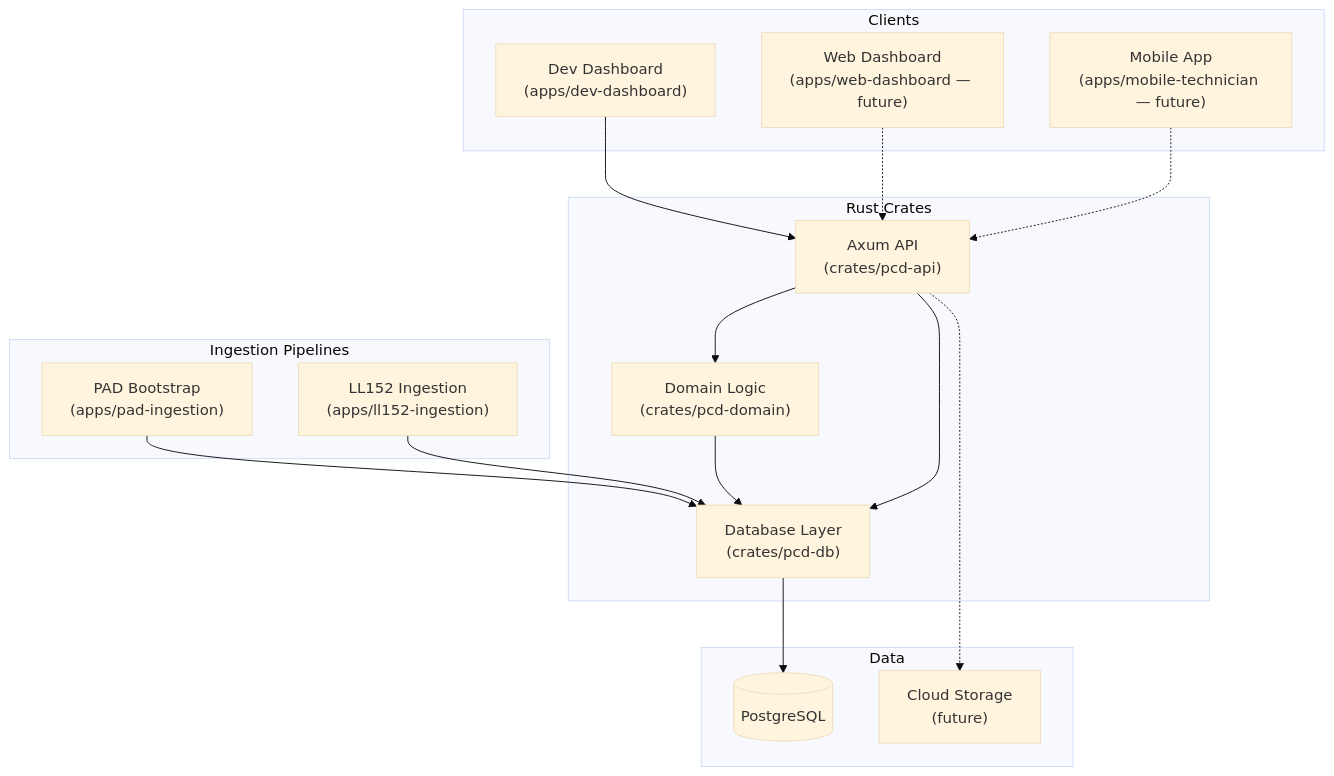
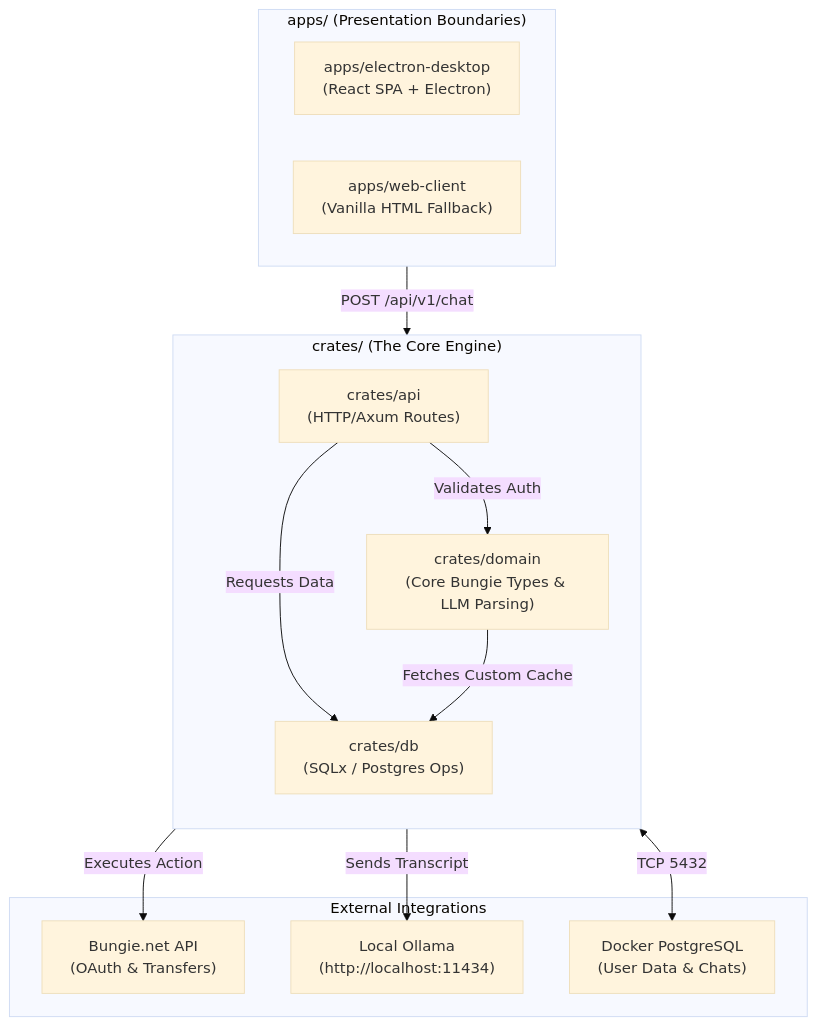
One commit to CEnnisgit/DestinyAIGhostCompanion changed the diagram in docs/2-during-implementation/DDD/SystemArchitecture/HighLevelDiagram.md. Above: the diagram before and after it, drawn with Mermaid (base theme). The commit also changed other lines of this file and 5 other files, not shown here.

Commit message:
docs(ddd): solidify Rust Cargo workspace System Architecture

````diff
--- a/docs/2-during-implementation/DDD/SystemArchitecture/HighLevelDiagram.md
+++ b/docs/2-during-implementation/DDD/SystemArchitecture/HighLevelDiagram.md
@@ -8,42 +5,30 @@
 ```mermaid
-graph TB
-    subgraph Clients
-        Dashboard["Dev Dashboard<br/>(apps/dev-dashboard)"]
-        WebDash["Web Dashboard<br/>(apps/web-dashboard — future)"]
-        Mobile["Mobile App<br/>(apps/mobile-technician — future)"]
-    end
-    
-    subgraph Crates["Rust Crates"]
-        API["Axum API<br/>(crates/pcd-api)"]
-        Domain["Domain Logic<br/>(crates/pcd-domain)"]
-        DB["Database Layer<br/>(crates/pcd-db)"]
+flowchart TD
+    subgraph Apps["apps/ (Presentation Boundaries)"]
+        direction LR
+        UI_Electron["apps/electron-desktop\n(React SPA + Electron)"]
+        UI_Web["apps/web-client\n(Vanilla HTML Fallback)"]
     end
 
-    subgraph Ingestion["Ingestion Pipelines"]
-        PAD["PAD Bootstrap<br/>(apps/pad-ingestion)"]
-        LL152["LL152 Ingestion<br/>(apps/ll152-ingestion)"]
+    subgraph Crates["crates/ (The Core Engine)"]
+        direction TB
+        AxumAPI["crates/api\n(HTTP/Axum Routes)"]
+        Domain["crates/domain\n(Core Bungie Types & LLM Parsing)"]
+        DB["crates/db\n(SQLx / Postgres Ops)"]
+
+        AxumAPI --> |"Validates Auth"| Domain
+        AxumAPI --> |"Requests Data"| DB
+        Domain --> |"Fetches Custom Cache"| DB
     end
-    
-    subgraph Data
-        Postgres[(PostgreSQL)]
-        BlobStorage["Cloud Storage<br/>(future)"]
+
+    subgraph External["External Integrations"]
+        Bungie["Bungie.net API\n(OAuth & Transfers)"]
+        Ollama["Local Ollama\n(http://localhost:11434)"]
+        PG["Docker PostgreSQL\n(User Data & Chats)"]
     end
-    
-    %% Client Interactions
-    Dashboard --> API
-    WebDash -.-> API
-    Mobile -.-> API
-    
-    %% API → Domain → DB
-    API --> Domain
-    API --> DB
-    Domain --> DB
-    
-    %% Ingestion → DB (direct)
-    PAD --> DB
-    LL152 --> DB
 
-    %% DB → Data
-    DB --> Postgres
-    API -.-> BlobStorage
+    Apps -->|"POST /api/v1/chat"| AxumAPI
+    Domain -->|"Executes Action"| Bungie
+    Domain -->|"Sends Transcript"| Ollama
+    DB <-->|"TCP 5432"| PG
 ```
````
